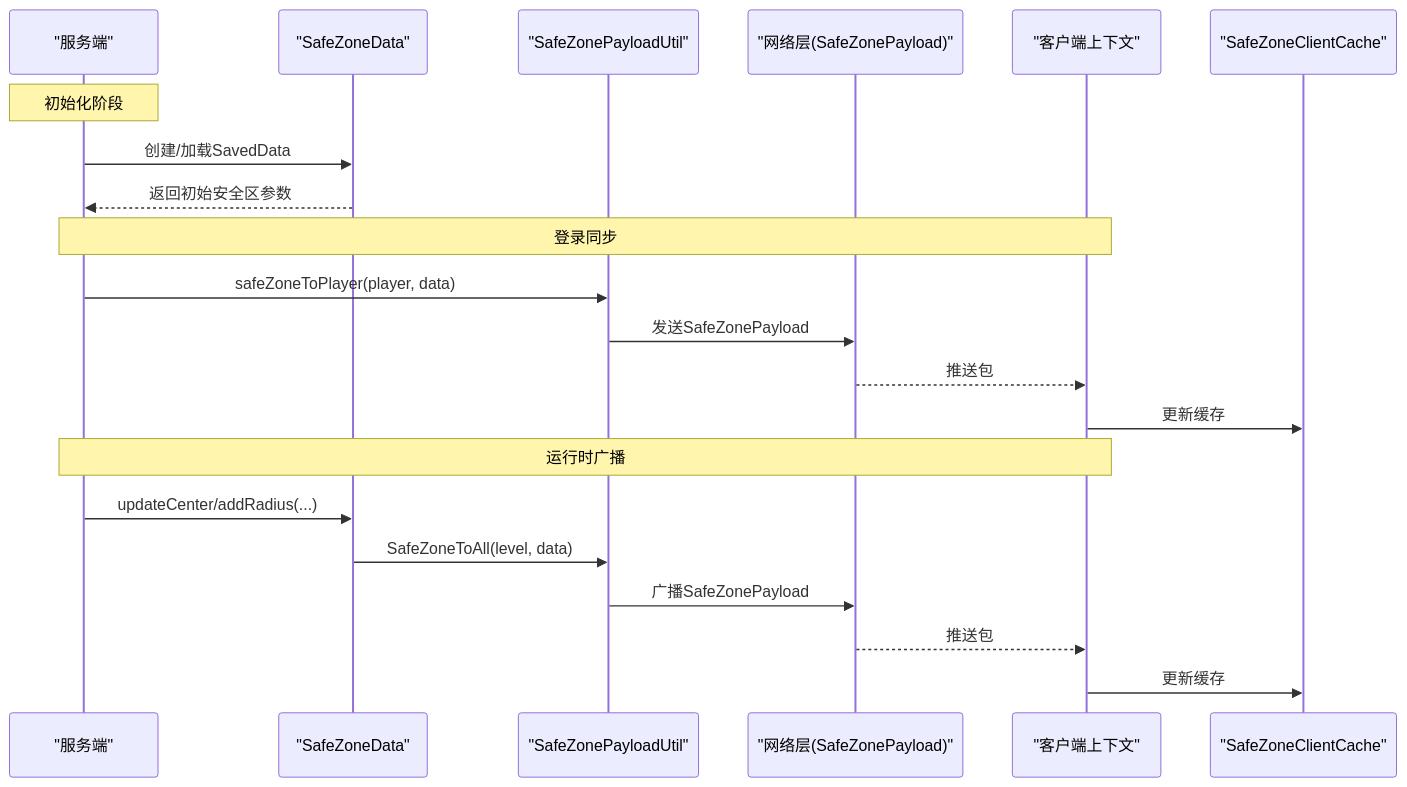
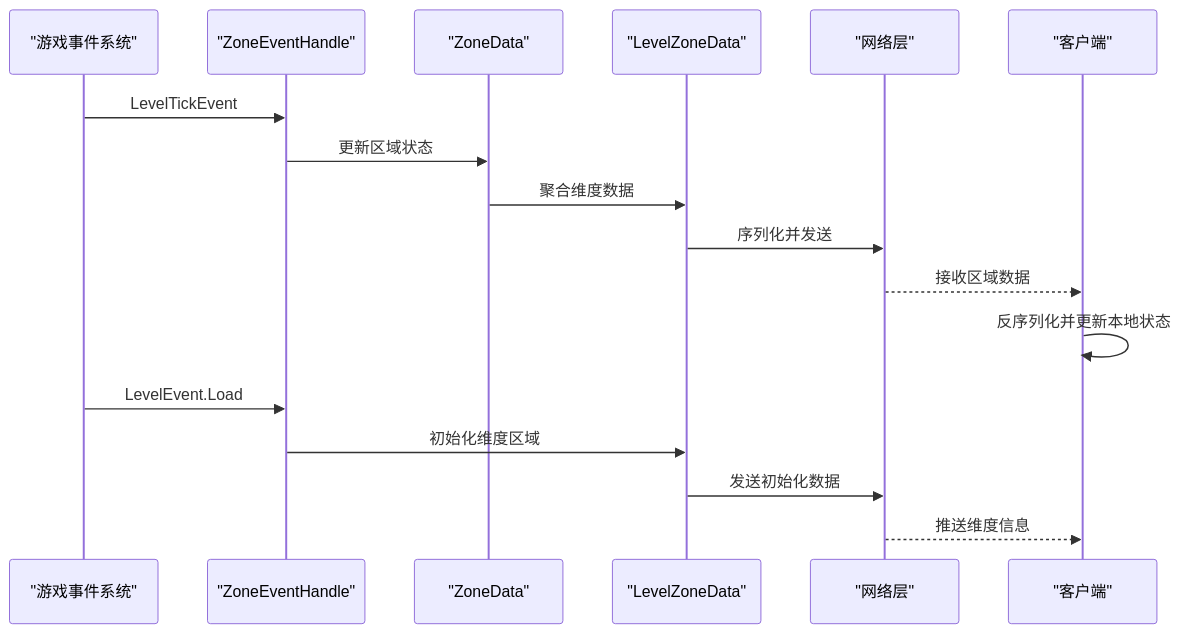
Before and after one commit to Ver-shift/SubModulesGeneHunter: the second of 5 diagrams in .qoder/repowiki/zh/content/安全区系统/网络同步机制.md, drawn with Mermaid. The commit also changed other lines of this file and 42 other files, not shown here.

````diff
--- a/.qoder/repowiki/zh/content/安全区系统/网络同步机制.md
+++ b/.qoder/repowiki/zh/content/安全区系统/网络同步机制.md
@@ -100,23 +109,19 @@
 ```mermaid
 sequenceDiagram
-participant Srv as "服务端"
-participant SD as "SafeZoneData"
-participant Util as "SafeZonePayloadUtil"
-participant Net as "网络层(SafeZonePayload)"
-participant Ctx as "客户端上下文"
-participant Cache as "SafeZoneClientCache"
-Note over Srv : 初始化阶段
-Srv->>SD : 创建/加载SavedData
-SD-->>Srv : 返回初始安全区参数
-Note over Srv,Ctx : 登录同步
-Srv->>Util : safeZoneToPlayer(player, data)
-Util->>Net : 发送SafeZonePayload
-Net-->>Ctx : 推送包
-Ctx->>Cache : 更新缓存
-Note over Srv,Ctx : 运行时广播
-Srv->>SD : updateCenter/addRadius(...)
-SD->>Util : SafeZoneToAll(level, data)
-Util->>Net : 广播SafeZonePayload
-Net-->>Ctx : 推送包
-Ctx->>Cache : 更新缓存
+participant Event as "游戏事件系统"
+participant ZE as "ZoneEventHandle"
+participant ZD as "ZoneData"
+participant LZD as "LevelZoneData"
+participant Net as "网络层"
+participant Client as "客户端"
+Event->>ZE : LevelTickEvent
+ZE->>ZD : 更新区域状态
+ZD->>LZD : 聚合维度数据
+LZD->>Net : 序列化并发送
+Net-->>Client : 接收区域数据
+Client->>Client : 反序列化并更新本地状态
+Event->>ZE : LevelEvent.Load
+ZE->>LZD : 初始化维度区域
+LZD->>Net : 发送初始化数据
+Net-->>Client : 推送维度信息
 ```
````
